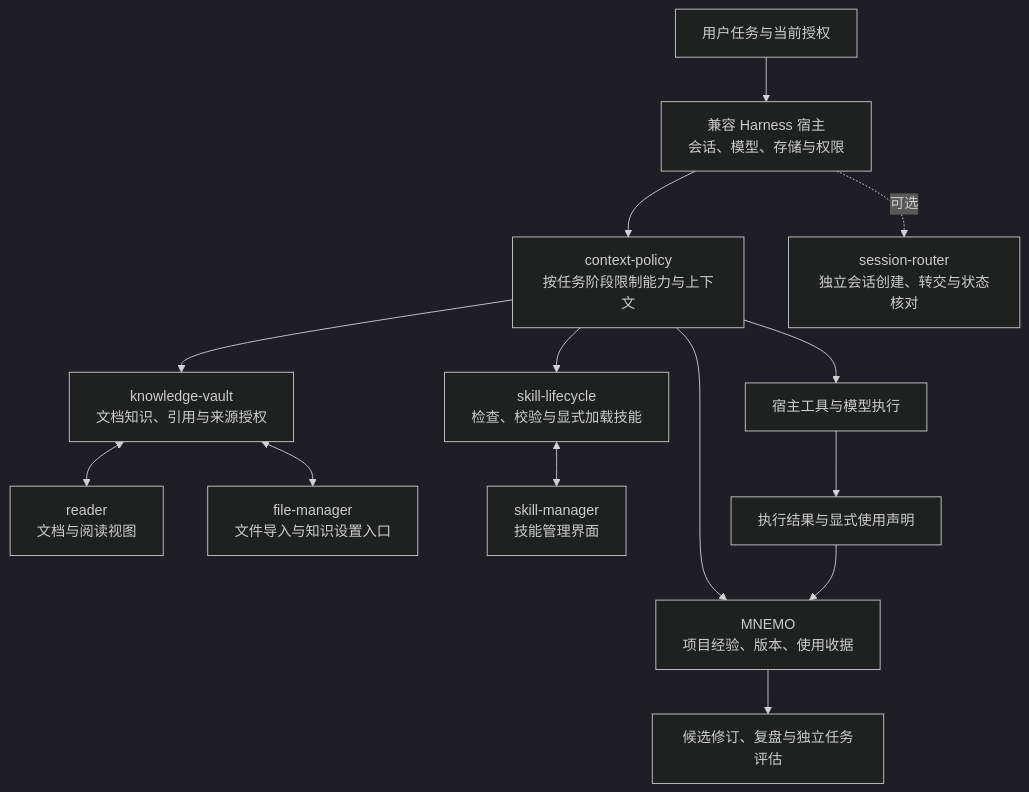
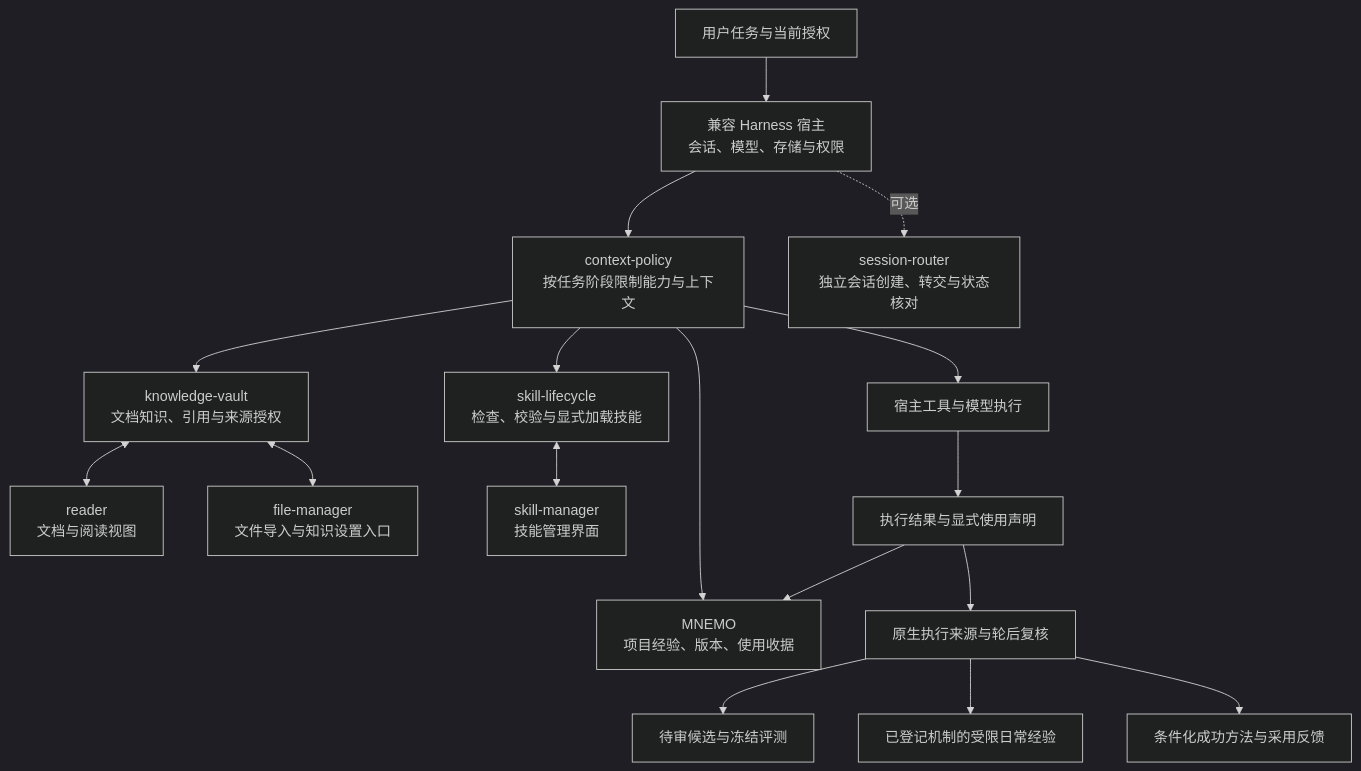
One commit to winterck01-pixel/harness-memory-suite changed the diagram in README.md. Above: the diagram before and after it, drawn with Mermaid (dark theme). The commit also changed other lines of this file and 56 other files, not shown here.

````diff
--- a/README.md
+++ b/README.md
@@ -32,16 +40,19 @@
 ```mermaid
 flowchart TD
     U[用户任务与当前授权] --> H["兼容 Harness 宿主<br/>会话、模型、存储与权限"]
     H --> C["context-policy<br/>按任务阶段限制能力与上下文"]
     C --> M["MNEMO<br/>项目经验、版本、使用收据"]
     C --> K["knowledge-vault<br/>文档知识、引用与来源授权"]
     C --> S["skill-lifecycle<br/>检查、校验与显式加载技能"]
     K <--> R["reader<br/>文档与阅读视图"]
     K <--> F["file-manager<br/>文件导入与知识设置入口"]
     S <--> G["skill-manager<br/>技能管理界面"]
     C --> T[宿主工具与模型执行]
     H -. 可选 .-> A["session-router<br/>独立会话创建、转交与状态核对"]
     T --> E[执行结果与显式使用声明]
     E --> M
-    M --> P[候选修订、复盘与独立任务评估]
+    E --> X[原生执行来源与轮后复核]
+    X --> P[待审候选与冻结评测]
+    X --> D[已登记机制的受限日常经验]
+    X --> V[条件化成功方法与采用反馈]
 ```
````
